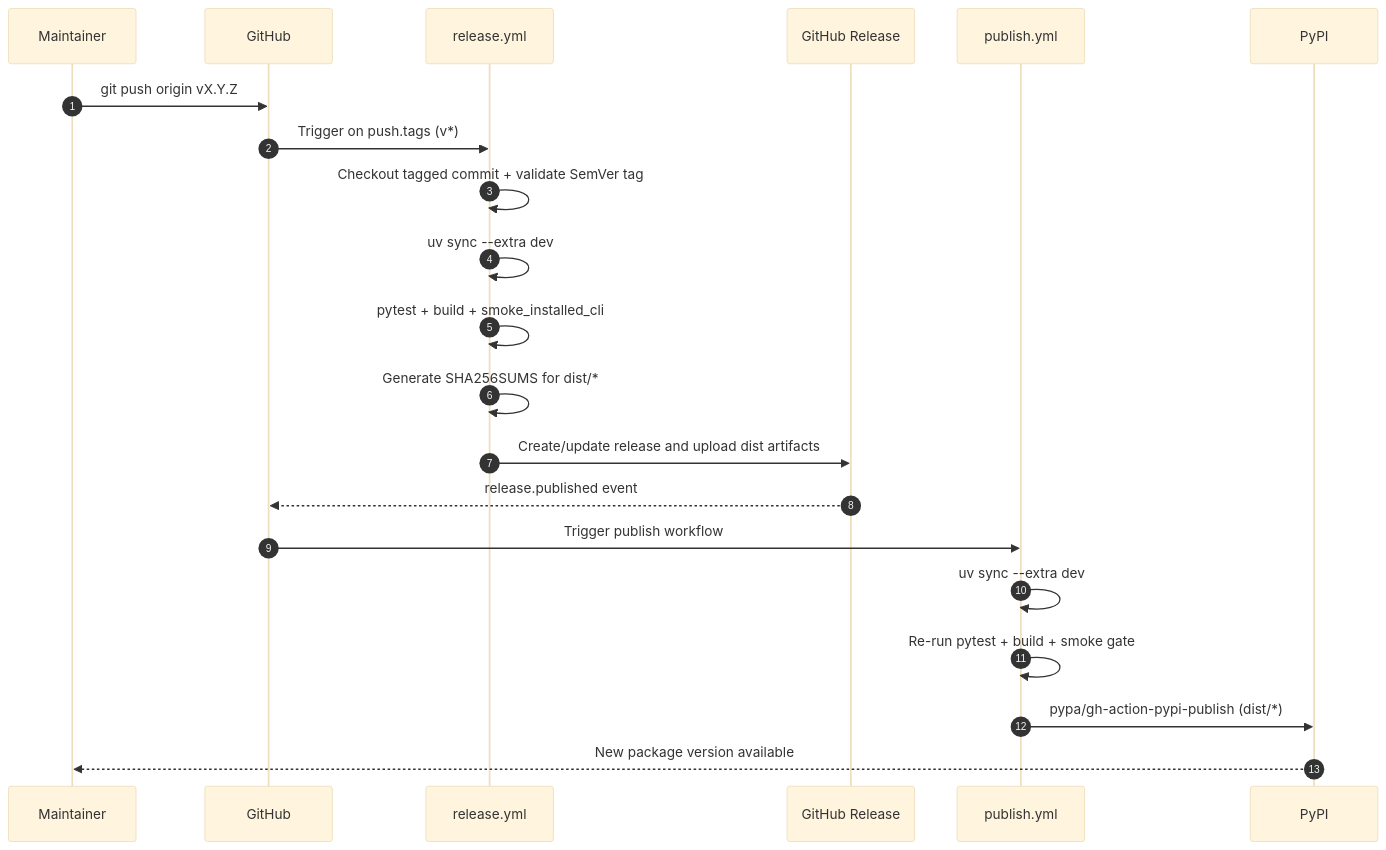
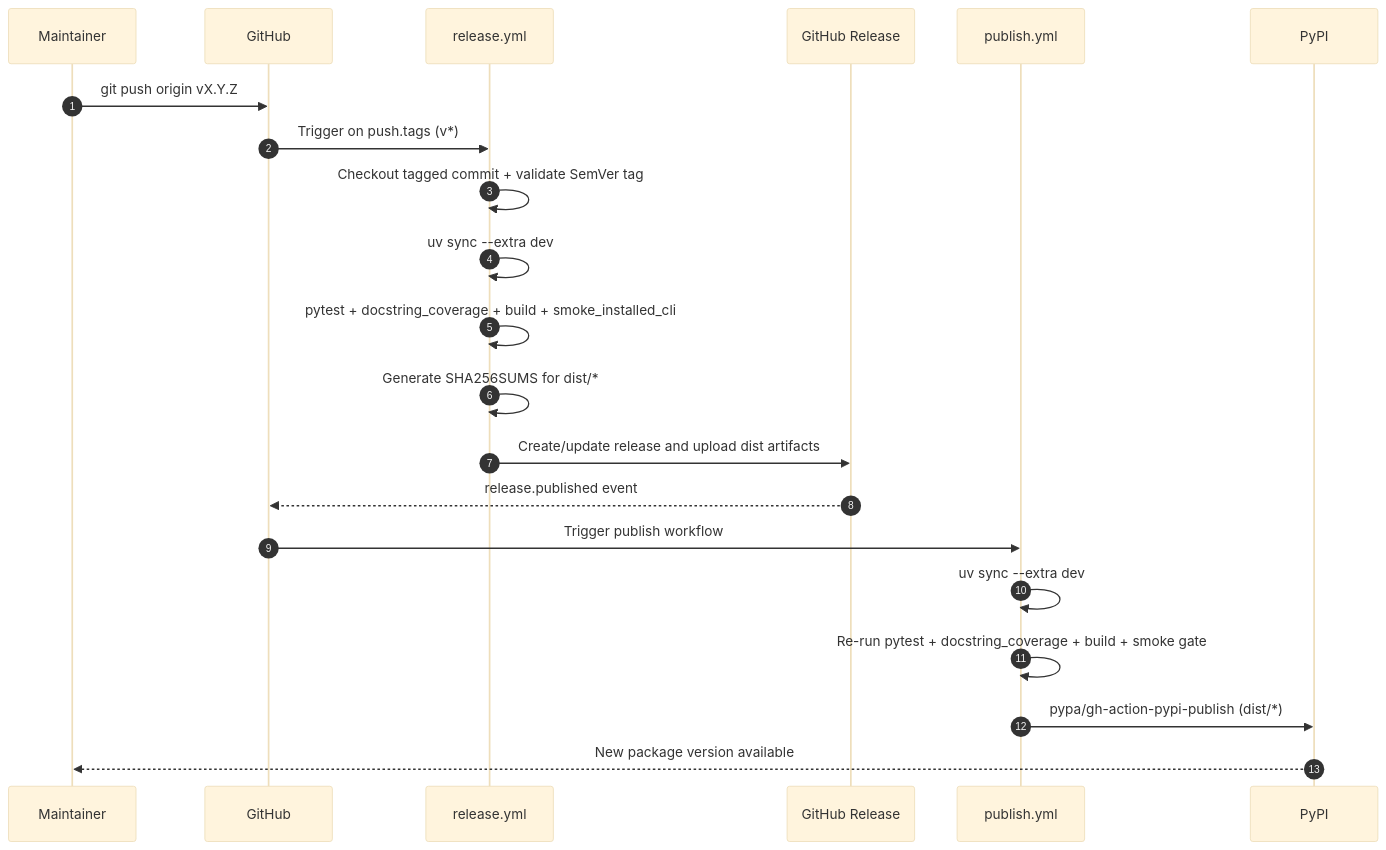
Before and after one commit to seonghobae/vector-topic-modeling: the second of 2 diagrams in docs/user-manual.md, drawn with Mermaid (base theme). The commit also changed other lines of this file and 2 other files, not shown here.

Commit message:
docs: align release docs with docstring coverage gate

````diff
--- a/docs/user-manual.md
+++ b/docs/user-manual.md
@@ -287,25 +288,25 @@
 ```mermaid
 sequenceDiagram
     autonumber
     participant M as Maintainer
     participant GH as GitHub
     participant R as release.yml
     participant REL as GitHub Release
     participant P as publish.yml
     participant PY as PyPI
 
     M->>GH: git push origin vX.Y.Z
     GH->>R: Trigger on push.tags (v*)
     R->>R: Checkout tagged commit + validate SemVer tag
     R->>R: uv sync --extra dev
-    R->>R: pytest + build + smoke_installed_cli
+    R->>R: pytest + docstring_coverage + build + smoke_installed_cli
     R->>R: Generate SHA256SUMS for dist/*
     R->>REL: Create/update release and upload dist artifacts
 
     REL-->>GH: release.published event
     GH->>P: Trigger publish workflow
     P->>P: uv sync --extra dev
-    P->>P: Re-run pytest + build + smoke gate
+    P->>P: Re-run pytest + docstring_coverage + build + smoke gate
     P->>PY: pypa/gh-action-pypi-publish (dist/*)
     PY-->>M: New package version available
 ```
````
